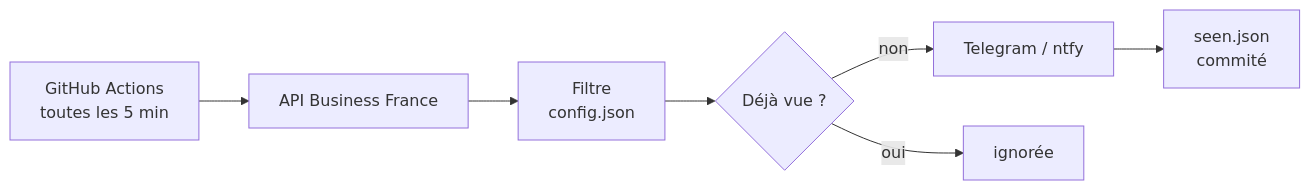
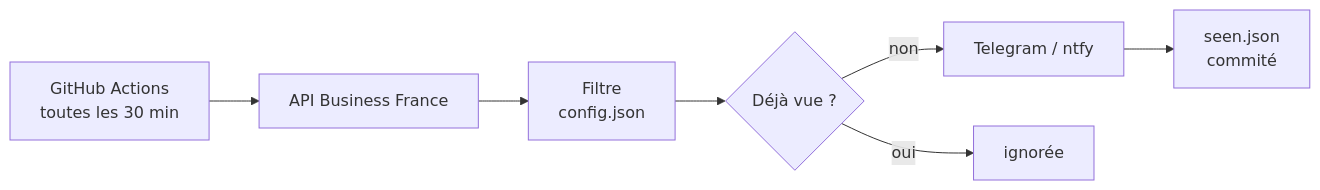
The diagram in README.md (Rayane-94/Scraping_VIE), drawn with Mermaid before and after one commit. The commit also changed other lines of this file and 1 other file, not shown here.

Commit message:
fix ci: baisse du rythme à 30 min et sur le cronjob

````diff
--- a/README.md
+++ b/README.md
@@ -55,9 +55,9 @@
 ```mermaid
 flowchart LR
-    A[GitHub Actions<br/>toutes les 5 min] --> B[API Business France]
+    A[GitHub Actions<br/>toutes les 30 min] --> B[API Business France]
     B --> C[Filtre<br/>config.json]
     C --> D{Déjà vue ?}
     D -- non --> E[Telegram / ntfy]
     E --> F[seen.json<br/>commité]
     D -- oui --> G[ignorée]
 ```
````
